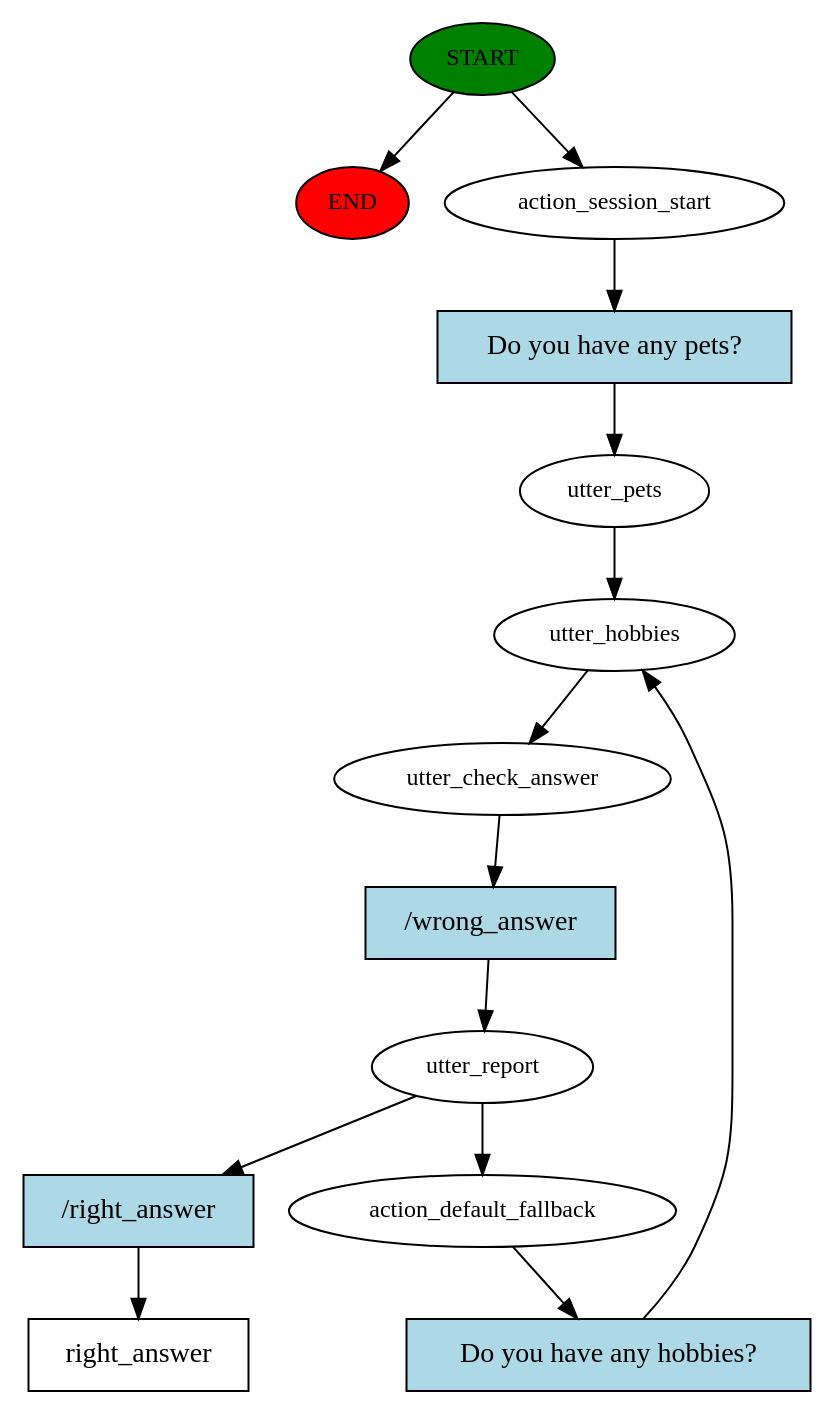
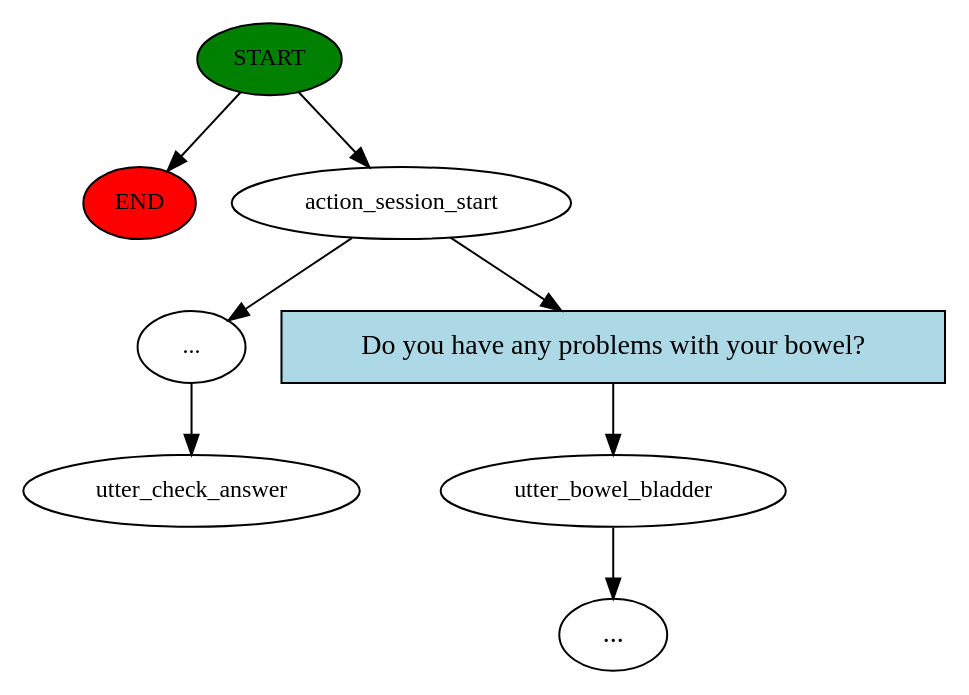
The diagram in story_graph.dot (daridr1000/Chatbot-Rasa), drawn with Graphviz before and after one commit. The commit also changed 9 other files, not shown here.

```diff
--- a/story_graph.dot
+++ b/story_graph.dot
@@ -1,28 +1,17 @@
 digraph  {
 0 [class="start active", fillcolor=green, fontsize=12, label=START, style=filled];
 "-1" [class=end, fillcolor=red, fontsize=12, label=END, style=filled];
 1 [class=active, fontsize=12, label=action_session_start];
-2 [class=active, fontsize=12, label=utter_pets];
-3 [class=active, fontsize=12, label=utter_hobbies];
-4 [class=active, fontsize=12, label=utter_check_answer];
-5 [class=active, fontsize=12, label=utter_report];
-6 [class=active, fontsize=12, label=action_default_fallback];
-10 [class="intent dashed active", label=right_answer, shape=rect];
-11 [class="intent active", fillcolor=lightblue, label="Do you have any pets?", shape=rect, style=filled];
-12 [class="intent active", fillcolor=lightblue, label="/wrong_answer", shape=rect, style=filled];
-13 [class="intent active", fillcolor=lightblue, label="/right_answer", shape=rect, style=filled];
-14 [class="intent active", fillcolor=lightblue, label="Do you have any hobbies?", shape=rect, style=filled];
+2 [class="", fontsize=12, label=utter_bowel_bladder];
+"-3" [class=ellipsis, label="..."];
+4 [class=active, fontsize=12, label="..."];
+5 [class="dashed active", fontsize=12, label=utter_check_answer];
+6 [class=intent, fillcolor=lightblue, label="Do you have any problems with your bowel?", shape=rect, style=filled];
 0 -> "-1"  [class="", key=NONE, label=""];
 0 -> 1  [class=active, key=NONE, label=""];
-1 -> 11  [class=active, key=0];
-2 -> 3  [class=active, key=NONE, label=""];
-3 -> 4  [class=active, key=NONE, label=""];
-4 -> 12  [class=active, key=0];
-5 -> 6  [class=active, key=NONE, label=""];
-5 -> 13  [class=active, key=0];
-6 -> 14  [class=active, key=0];
-11 -> 2  [class=active, key=0];
-12 -> 5  [class=active, key=0];
-13 -> 10  [class=active, key=0];
-14 -> 3  [class=active, key=0];
+1 -> 4  [class=active, key=NONE, label=""];
+1 -> 6  [class="", key=0];
+2 -> "-3"  [class="", key=NONE, label=""];
+4 -> 5  [class=active, key=NONE, label=""];
+6 -> 2  [class="", key=0];
 }
```
